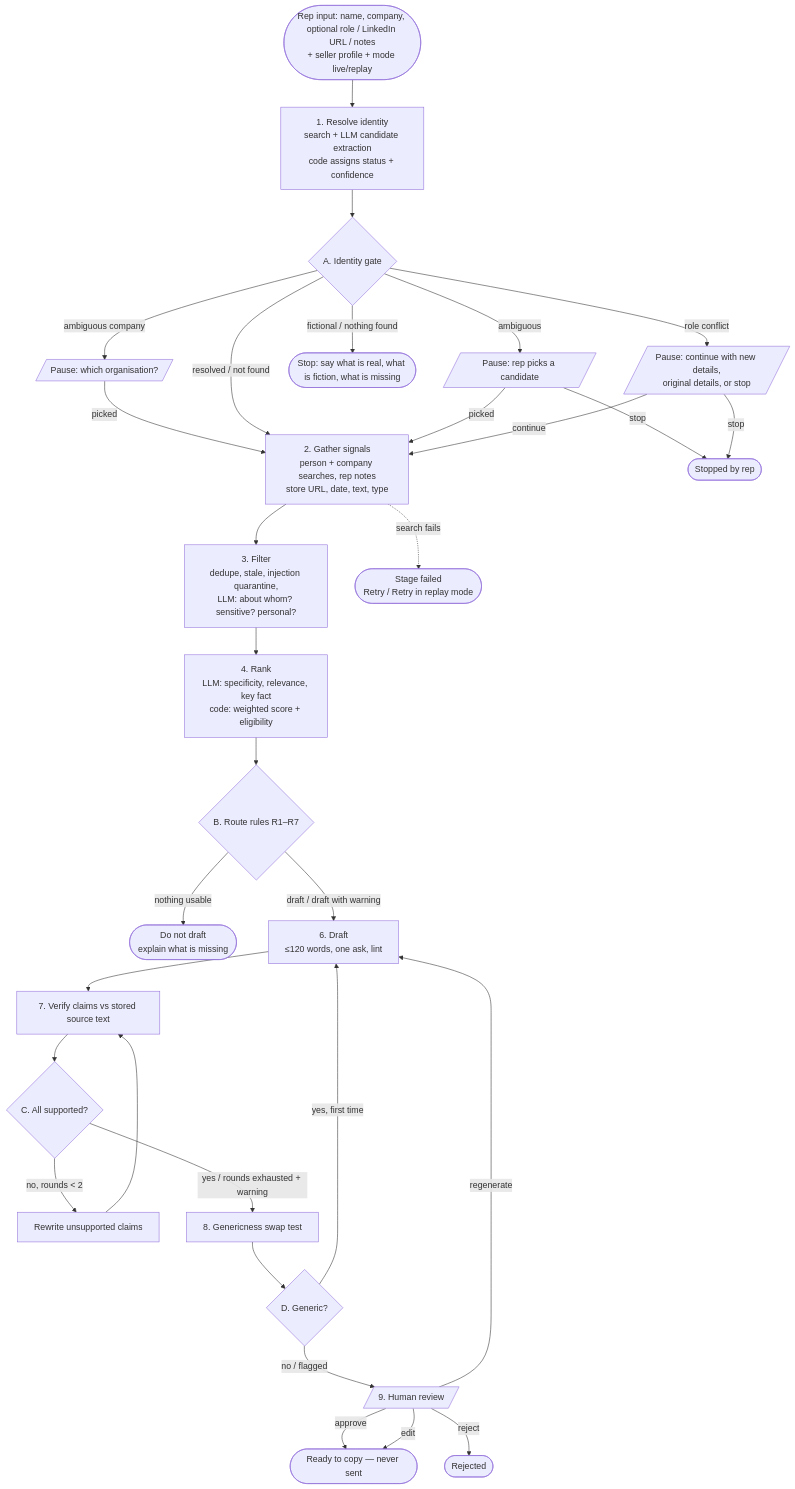
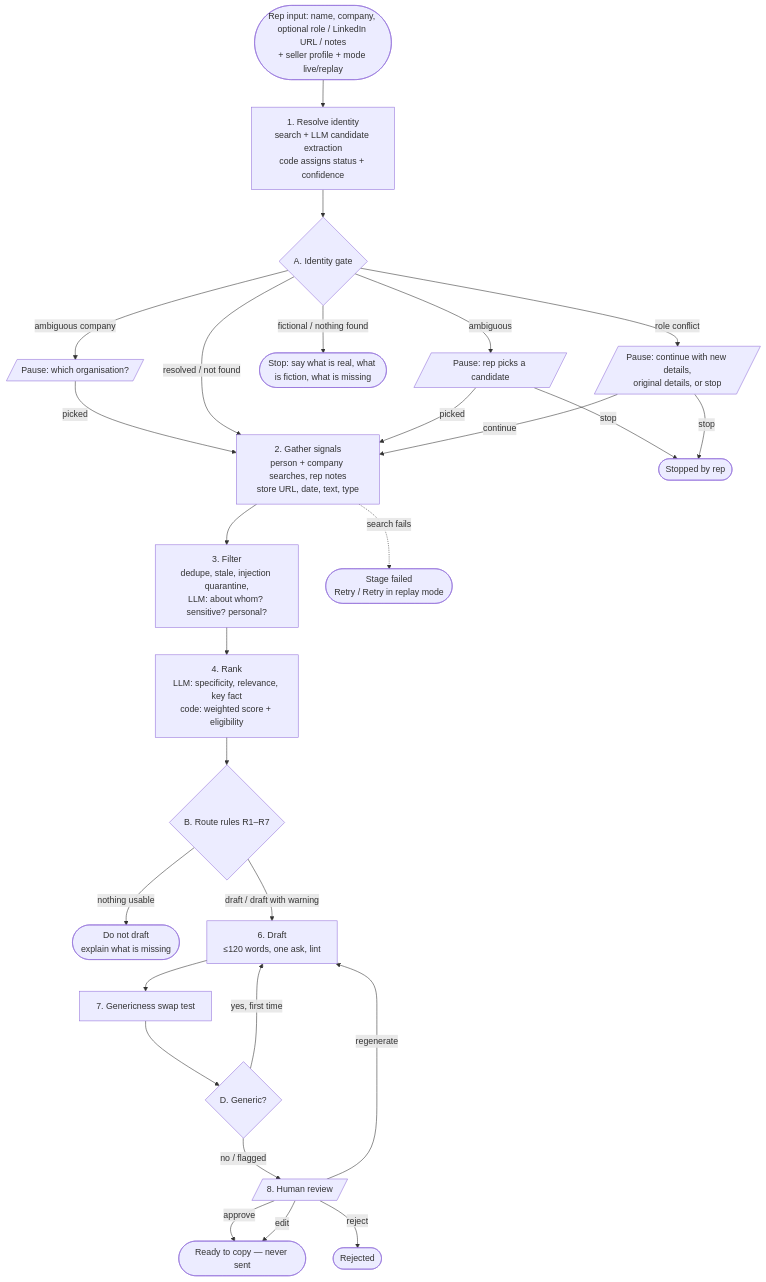
The diagram in docs/PROCESS_MAP.md (Jatin1409/zamp-ps3-outreach), drawn with Mermaid before and after one commit. The commit also changed other lines of this file and 30 other files, not shown here.

````diff
--- a/docs/PROCESS_MAP.md
+++ b/docs/PROCESS_MAP.md
@@ -160,36 +155,33 @@
 ```mermaid
 flowchart TD
     IN([Rep input: name, company, optional role / LinkedIn URL / notes<br/>+ seller profile + mode live/replay]) --> S1
 
     S1[1. Resolve identity<br/>search + LLM candidate extraction<br/>code assigns status + confidence] --> A{A. Identity gate}
     A -- ambiguous --> P1[/Pause: rep picks a candidate/]
     A -- role conflict --> P2[/Pause: continue with new details,<br/>original details, or stop/]
     A -- fictional / nothing found --> NOPE([Stop: say what is real, what is fiction, what is missing])
     A -- ambiguous company --> P3[/Pause: which organisation?/]
     P3 -- picked --> S2
     A -- resolved / not found --> S2
     P1 -- picked --> S2
     P2 -- continue --> S2
     P1 -- stop --> STOP([Stopped by rep])
     P2 -- stop --> STOP
 
     S2[2. Gather signals<br/>person + company searches, rep notes<br/>store URL, date, text, type] --> S3
     S2 -. search fails .-> F1([Stage failed<br/>Retry / Retry in replay mode])
 
     S3[3. Filter<br/>dedupe, stale, injection quarantine,<br/>LLM: about whom? sensitive? personal?] --> S4
     S4[4. Rank<br/>LLM: specificity, relevance, key fact<br/>code: weighted score + eligibility] --> B{B. Route rules R1–R7}
 
     B -- nothing usable --> ND([Do not draft<br/>explain what is missing])
     B -- draft / draft with warning --> S6
-    S6[6. Draft<br/>≤120 words, one ask, lint] --> S7
-    S7[7. Verify claims vs stored source text] --> C{C. All supported?}
-    C -- no, rounds < 2 --> RW[Rewrite unsupported claims] --> S7
-    C -- yes / rounds exhausted + warning --> S8
-    S8[8. Genericness swap test] --> D{D. Generic?}
+    S6[6. Draft<br/>≤120 words, one ask, lint] --> S8
+    S8[7. Genericness swap test] --> D{D. Generic?}
     D -- yes, first time --> S6
-    D -- no / flagged --> R[/9. Human review/]
+    D -- no / flagged --> R[/8. Human review/]
     R -- approve --> OK([Ready to copy — never sent])
     R -- edit --> OK
     R -- reject --> REJ([Rejected])
     R -- regenerate --> S6
 ```
````
